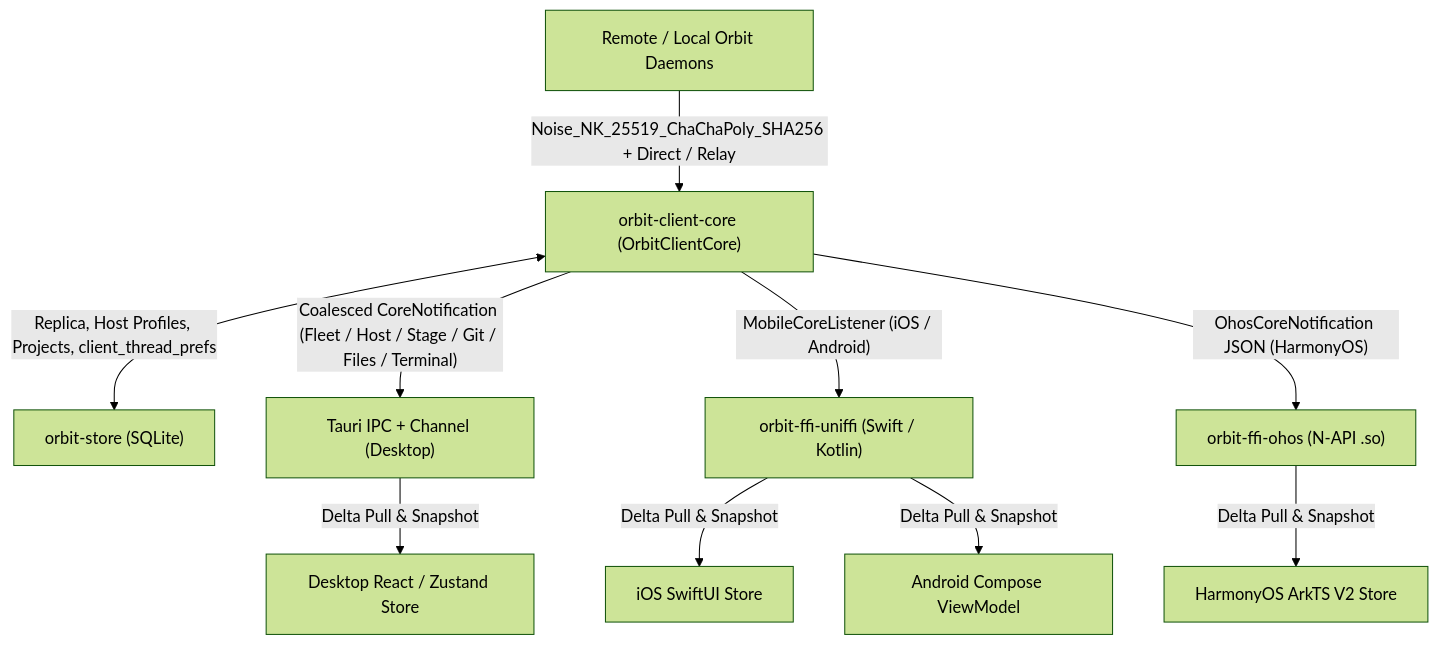
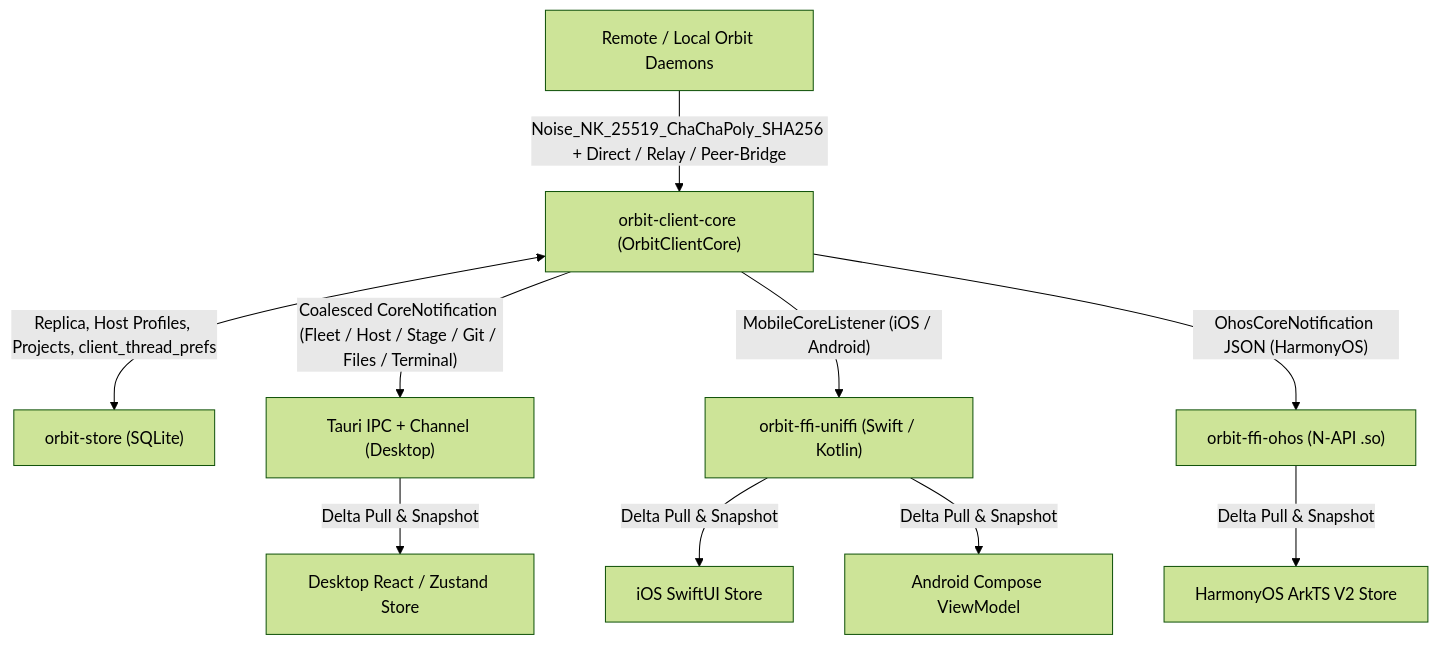
The diagram in docs/CLIENT_BRIDGE_ARCHITECTURE.md (danielgaoyy/orbit), drawn with Mermaid (forest theme) before and after one commit. The commit also changed other lines of this file and 58 other files, not shown here.

````diff
--- a/docs/CLIENT_BRIDGE_ARCHITECTURE.md
+++ b/docs/CLIENT_BRIDGE_ARCHITECTURE.md
@@ -30,13 +30,13 @@
 ```mermaid
 flowchart TD
-  Hosts["Remote / Local Orbit Daemons"] -->|"Noise_NK_25519_ChaChaPoly_SHA256 + Direct / Relay"| Core["orbit-client-core (OrbitClientCore)"]
+  Hosts["Remote / Local Orbit Daemons"] -->|"Noise_NK_25519_ChaChaPoly_SHA256 + Direct / Relay / Peer-Bridge"| Core["orbit-client-core (OrbitClientCore)"]
   Core <-->|"Replica, Host Profiles, Projects, client_thread_prefs"| Store["orbit-store (SQLite)"]
   Core -->|"Coalesced CoreNotification (Fleet / Host / Stage / Git / Files / Terminal)"| Tauri["Tauri IPC + Channel (Desktop)"]
   Core -->|"MobileCoreListener (iOS / Android)"| UniFFI["orbit-ffi-uniffi (Swift / Kotlin)"]
   Core -->|"OhosCoreNotification JSON (HarmonyOS)"| NAPI["orbit-ffi-ohos (N-API .so)"]
 
   Tauri -->|"Delta Pull & Snapshot"| DesktopUI["Desktop React / Zustand Store"]
   UniFFI -->|"Delta Pull & Snapshot"| AppleUI["iOS SwiftUI Store"]
   UniFFI -->|"Delta Pull & Snapshot"| AndroidUI["Android Compose ViewModel"]
   NAPI -->|"Delta Pull & Snapshot"| HarmonyUI["HarmonyOS ArkTS V2 Store"]
 ```
````
